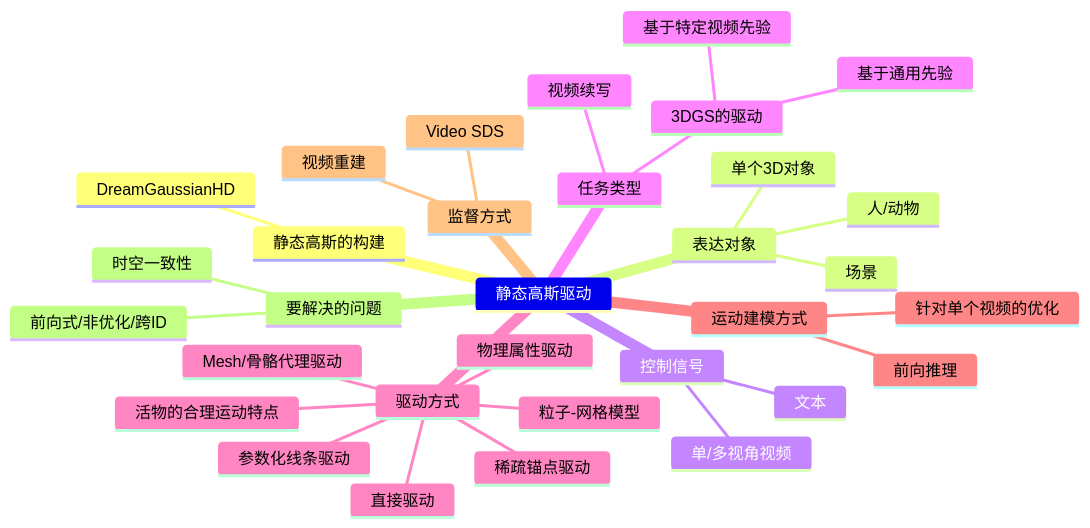
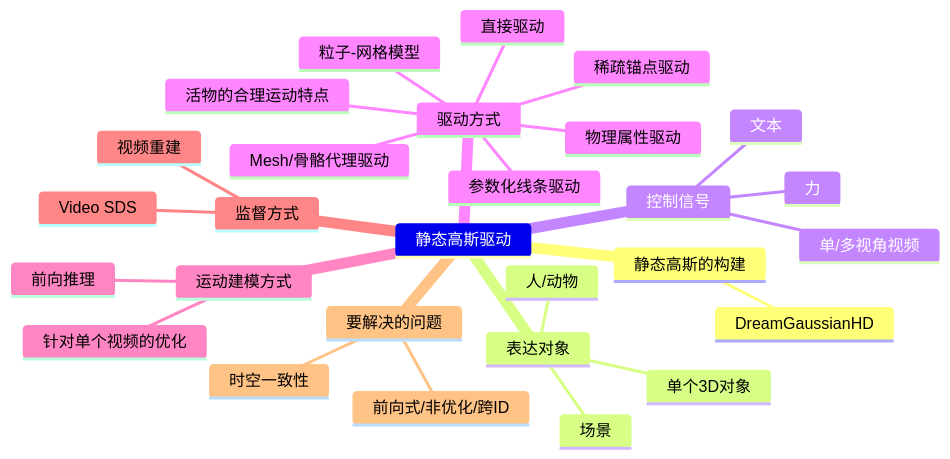
The fifth of 5 diagrams in src/3DGSAnimation/Static.md (CaterpillarStudyGroup/ImportantArticles), drawn with Mermaid before and after one commit. The commit also changed other lines of this file, not shown here.

````diff
--- a/src/3DGSAnimation/Static.md
+++ b/src/3DGSAnimation/Static.md
@@ -40,35 +72,31 @@
 ```mermaid
 mindmap
 静态高斯驱动
     静态高斯的构建
         DreamGaussianHD
     表达对象
         场景
         单个3D对象
         人/动物
     控制信号
         单/多视角视频
         文本
-    任务类型
-        视频续写
-        3DGS的驱动
-            基于特定视频先验
-            基于通用先验
+        力
     驱动方式
         直接驱动
         Mesh/骨骼代理驱动
         参数化线条驱动
         活物的合理运动特点
         物理属性驱动
         稀疏锚点驱动
         粒子-网格模型
     运动建模方式
         针对单个视频的优化
         前向推理
     监督方式
         Video SDS
         视频重建
     要解决的问题
         时空一致性
         前向式/非优化/跨ID
 ```
````
